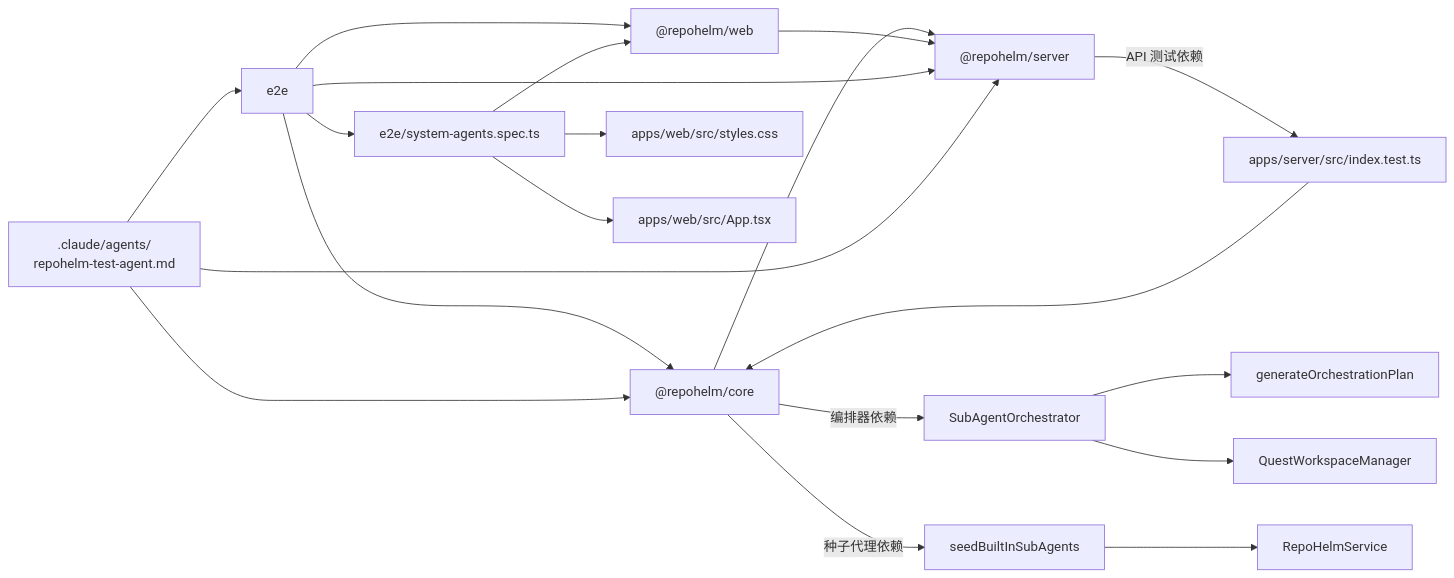
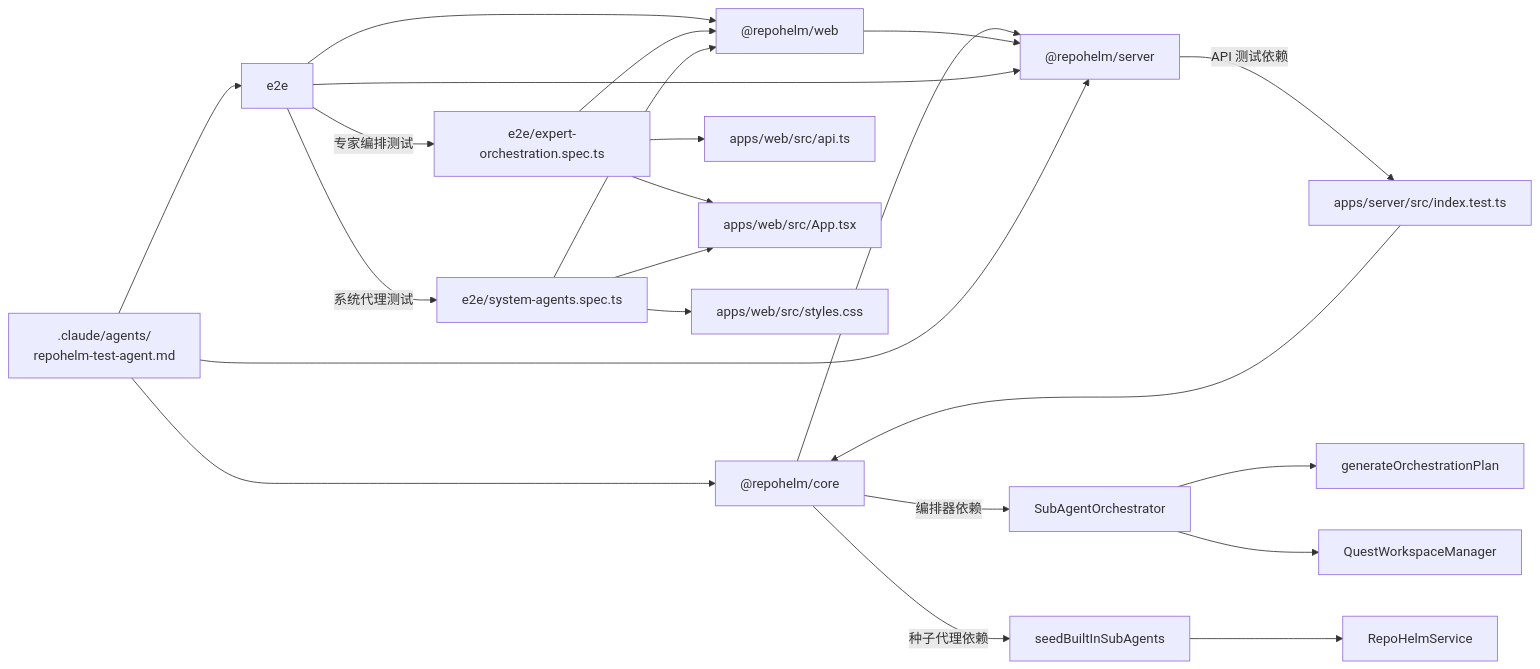
One commit to coconilu/RepoHelm changed diagram 12 of 12 in .qoder/repowiki/zh/content/测试策略/测试策略.md. Above: the diagram before and after it, drawn with Mermaid. The commit also changed other lines of this file and 14 other files, not shown here.

First line of the commit message:
Add expert orchestration UI and SSE support

````diff
--- a/.qoder/repowiki/zh/content/测试策略/测试策略.md
+++ b/.qoder/repowiki/zh/content/测试策略/测试策略.md
@@ -622,22 +692,25 @@
 ```mermaid
 graph LR
 CORE["@repohelm/core"] --> SERVER["@repohelm/server"]
 WEB["@repohelm/web"] --> SERVER
 E2E["e2e"] --> WEB
 E2E --> SERVER
-E2E --> CORE
-E2E --> SYS_AGENTS["e2e/system-agents.spec.ts"]
+E2E --> |"专家编排测试"| EXPERT_ORCH["e2e/expert-orchestration.spec.ts"]
+E2E --> |"系统代理测试"| SYS_AGENTS["e2e/system-agents.spec.ts"]
+EXPERT_ORCH --> WEB
+EXPERT_ORCH --> API_TS["apps/web/src/api.ts"]
+EXPERT_ORCH --> APP_TSX["apps/web/src/App.tsx"]
 SYS_AGENTS --> WEB
 SYS_AGENTS --> STYLES["apps/web/src/styles.css"]
-SYS_AGENTS --> APP_TSX["apps/web/src/App.tsx"]
+SYS_AGENTS --> APP_TSX
 SERVER --> |"API 测试依赖"| API_TEST["apps/server/src/index.test.ts"]
 API_TEST --> CORE
 CORE --> |"编排器依赖"| ORCHESTRATOR["SubAgentOrchestrator"]
 ORCHESTRATOR --> PLANNING["generateOrchestrationPlan"]
 ORCHESTRATOR --> WORKSPACE["QuestWorkspaceManager"]
 CORE --> |"种子代理依赖"| SEED_AGENTS["seedBuiltInSubAgents"]
 SEED_AGENTS --> SERVICE["RepoHelmService"]
 TEST_AGENT[".claude/agents/<br/>repohelm-test-agent.md"] --> CORE
 TEST_AGENT --> E2E
 TEST_AGENT --> SERVER
 ```
````
